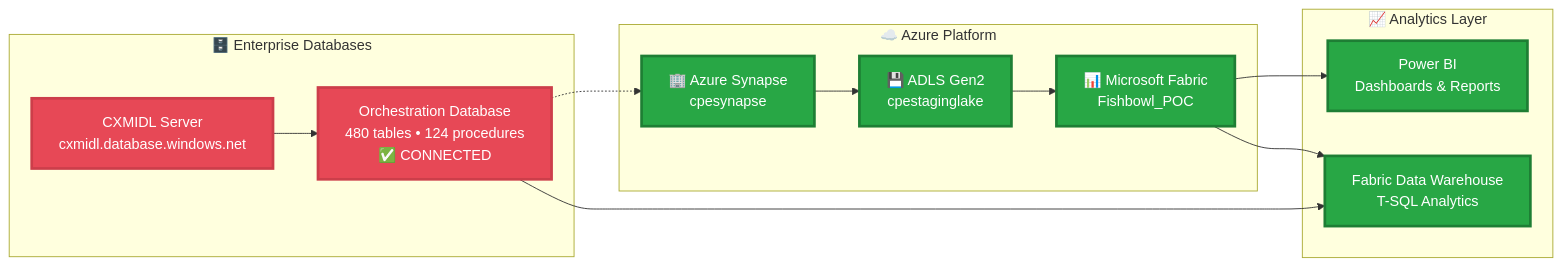
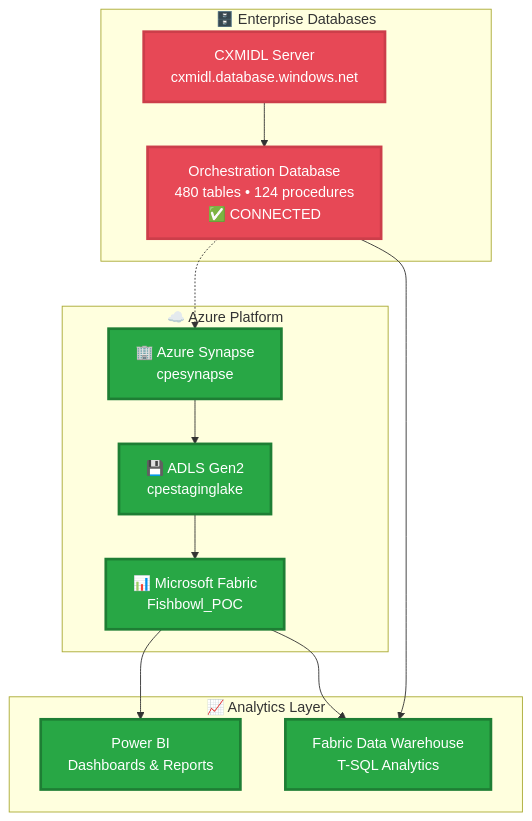
The first of 5 diagrams in README.md (fabioc-aloha/Fishbowl_POC), drawn with Mermaid before and after one commit. The commit also changed other lines of this file and 9 other files, not shown here.

````diff
--- a/README.md
+++ b/README.md
@@ -26,31 +26,31 @@
 ```mermaid
-graph LR
+graph TB
     subgraph "🗄️ Enterprise Databases"
         CXMIDL[CXMIDL Server<br/>cxmidl.database.windows.net]
         ORCH[Orchestration Database<br/>480 tables • 124 procedures<br/>✅ CONNECTED]
     end
 
     subgraph "☁️ Azure Platform"
         SYNAPSE[🏢 Azure Synapse<br/>cpesynapse]
         STORAGE[💾 ADLS Gen2<br/>cpestaginglake]
         FABRIC[📊 Microsoft Fabric<br/>Fishbowl_POC]
     end
 
     subgraph "📈 Analytics Layer"
         POWERBI[Power BI<br/>Dashboards & Reports]
         DATAWAREHOUSE[Fabric Data Warehouse<br/>T-SQL Analytics]
     end
 
     CXMIDL --> ORCH
     ORCH -.-> SYNAPSE
     ORCH --> DATAWAREHOUSE
     SYNAPSE --> STORAGE
     STORAGE --> FABRIC
     FABRIC --> POWERBI
     FABRIC --> DATAWAREHOUSE
 
     classDef connected fill:#28a745,stroke:#1e7e34,stroke-width:3px,color:#fff
     classDef database fill:#e74856,stroke:#cc3e4a,stroke-width:3px,color:#fff
     class SYNAPSE,STORAGE,FABRIC,POWERBI,DATAWAREHOUSE connected
     class CXMIDL,ORCH database
 ```
````
